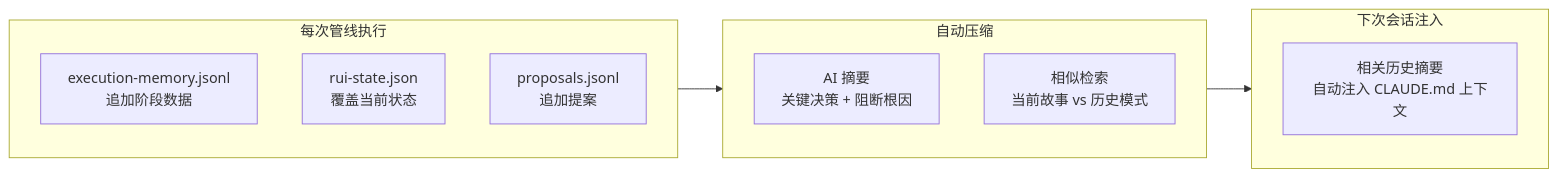
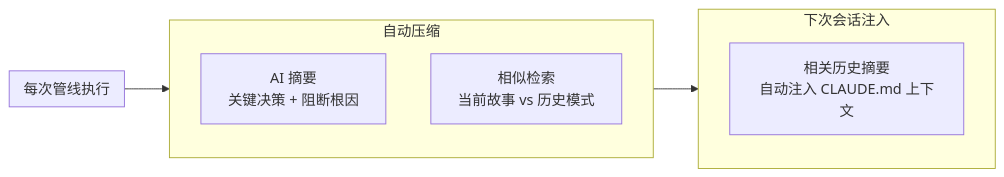
Before and after one commit to effiy/YrY: the fifth of 6 diagrams in agents/self-improve.md, drawn with Mermaid. The commit also changed other lines of this file and 91 other files, not shown here.

````diff
--- a/agents/self-improve.md
+++ b/agents/self-improve.md
@@ -149,17 +129,14 @@
 ```mermaid
 flowchart LR
     subgraph 写入["每次管线执行"]
-        W1["execution-memory.jsonl<br/>追加阶段数据"]:::data
-        W2["rui-state.json<br/>覆盖当前状态"]:::data
-        W3["proposals.jsonl<br/>追加提案"]:::data
     end
     subgraph 压缩["自动压缩"]
         C1["AI 摘要<br/>关键决策 + 阻断根因"]:::comp
         C2["相似检索<br/>当前故事 vs 历史模式"]:::comp
     end
     subgraph 注入["下次会话注入"]
         I1["相关历史摘要<br/>自动注入 CLAUDE.md 上下文"]:::inj
     end
     写入 --> 压缩 --> 注入
 
 ```
````
